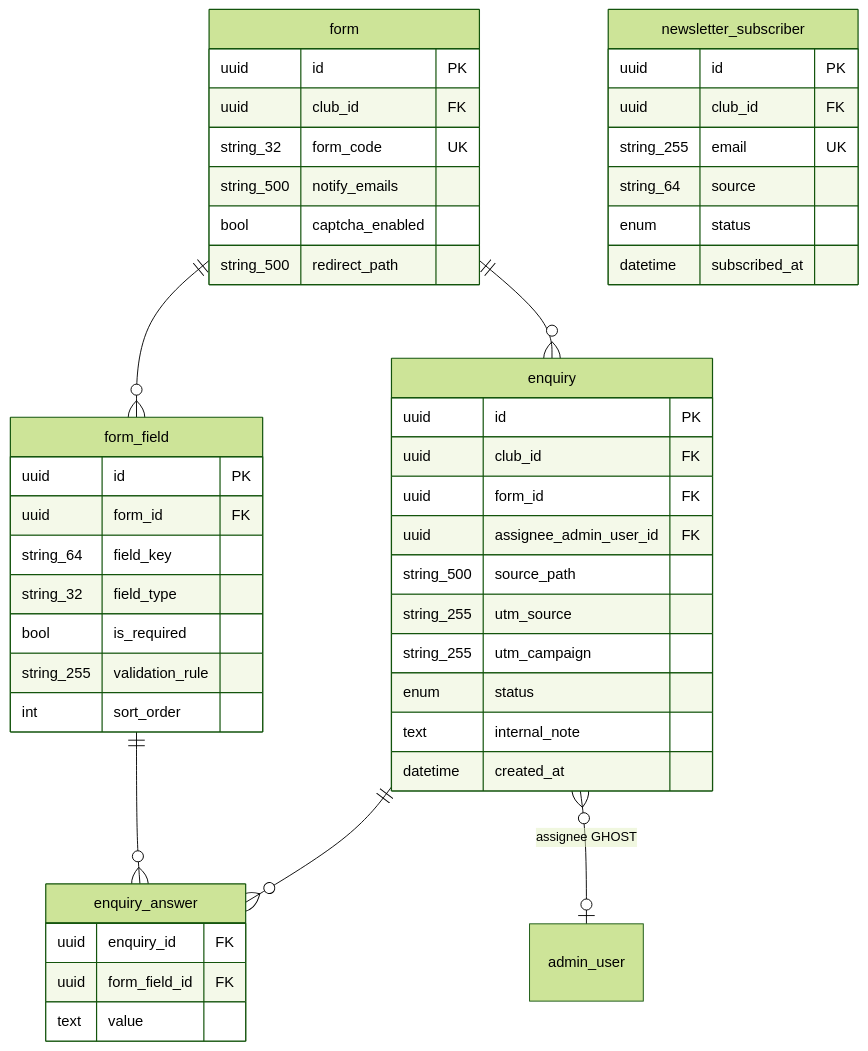
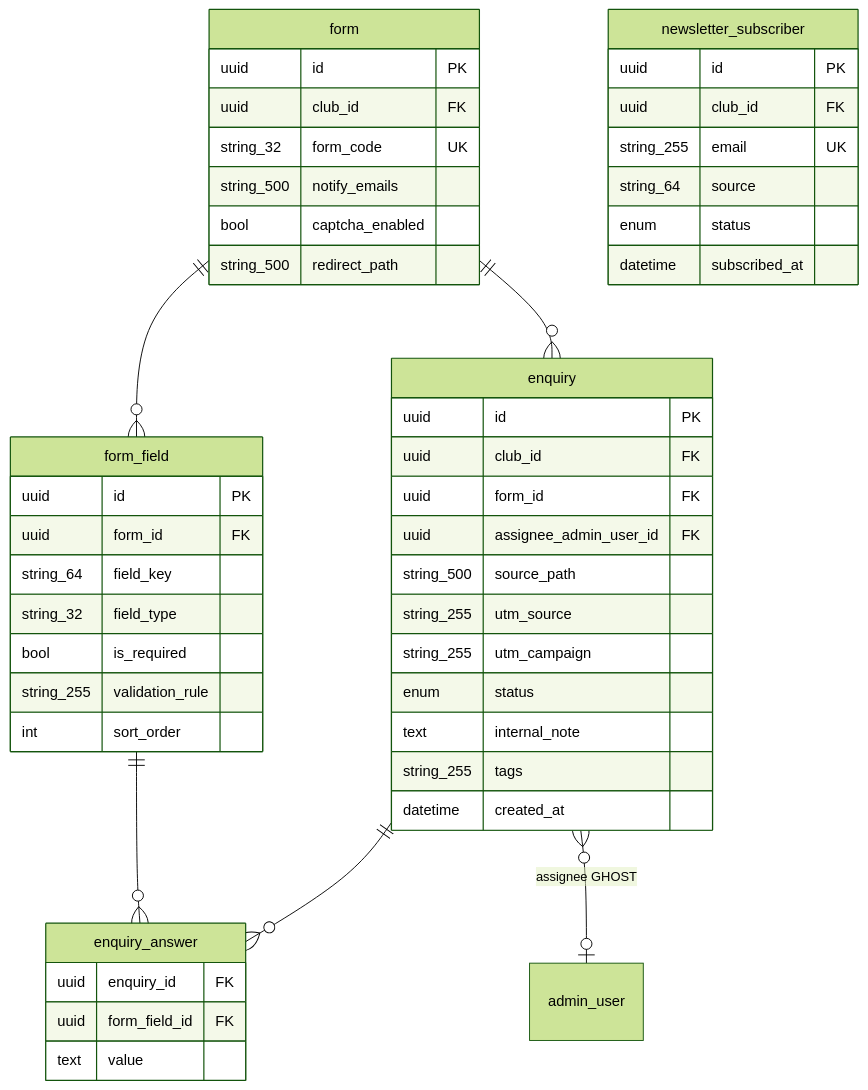
One commit to waiting0201/tcrfc changed the sixth of 16 diagrams in docs/12a-database-erd.md. Above: the diagram before and after it, drawn with Mermaid (forest theme). The commit also changed other lines of this file and 3 other files, not shown here.

````diff
--- a/docs/12a-database-erd.md
+++ b/docs/12a-database-erd.md
@@ -420,50 +435,51 @@
 ```mermaid
 erDiagram
   form ||--o{ form_field : ""
   form ||--o{ enquiry : ""
   enquiry ||--o{ enquiry_answer : ""
   form_field ||--o{ enquiry_answer : ""
   enquiry }o--o| admin_user : "assignee GHOST"
   form {
     uuid id PK
     uuid club_id FK
     string_32 form_code UK
     string_500 notify_emails
     bool captcha_enabled
     string_500 redirect_path
   }
   form_field {
     uuid id PK
     uuid form_id FK
     string_64 field_key
     string_32 field_type
     bool is_required
     string_255 validation_rule
     int sort_order
   }
   enquiry {
     uuid id PK
     uuid club_id FK
     uuid form_id FK
     uuid assignee_admin_user_id FK
     string_500 source_path
     string_255 utm_source
     string_255 utm_campaign
     enum status
     text internal_note
+    string_255 tags
     datetime created_at
   }
   enquiry_answer {
     uuid enquiry_id FK
     uuid form_field_id FK
     text value
   }
   newsletter_subscriber {
     uuid id PK
     uuid club_id FK
     string_255 email UK
     string_64 source
     enum status
     datetime subscribed_at
   }
 ```
````
